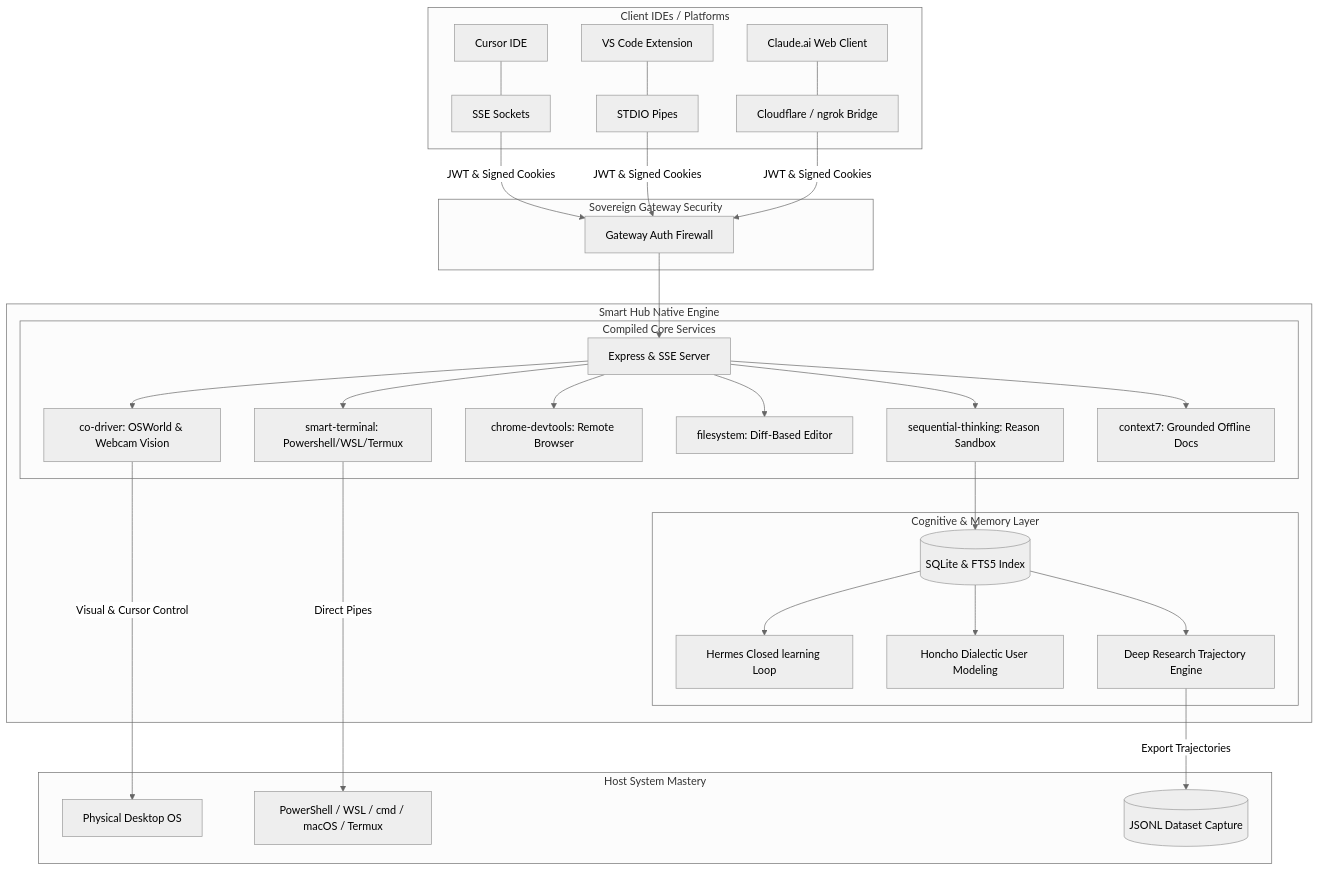
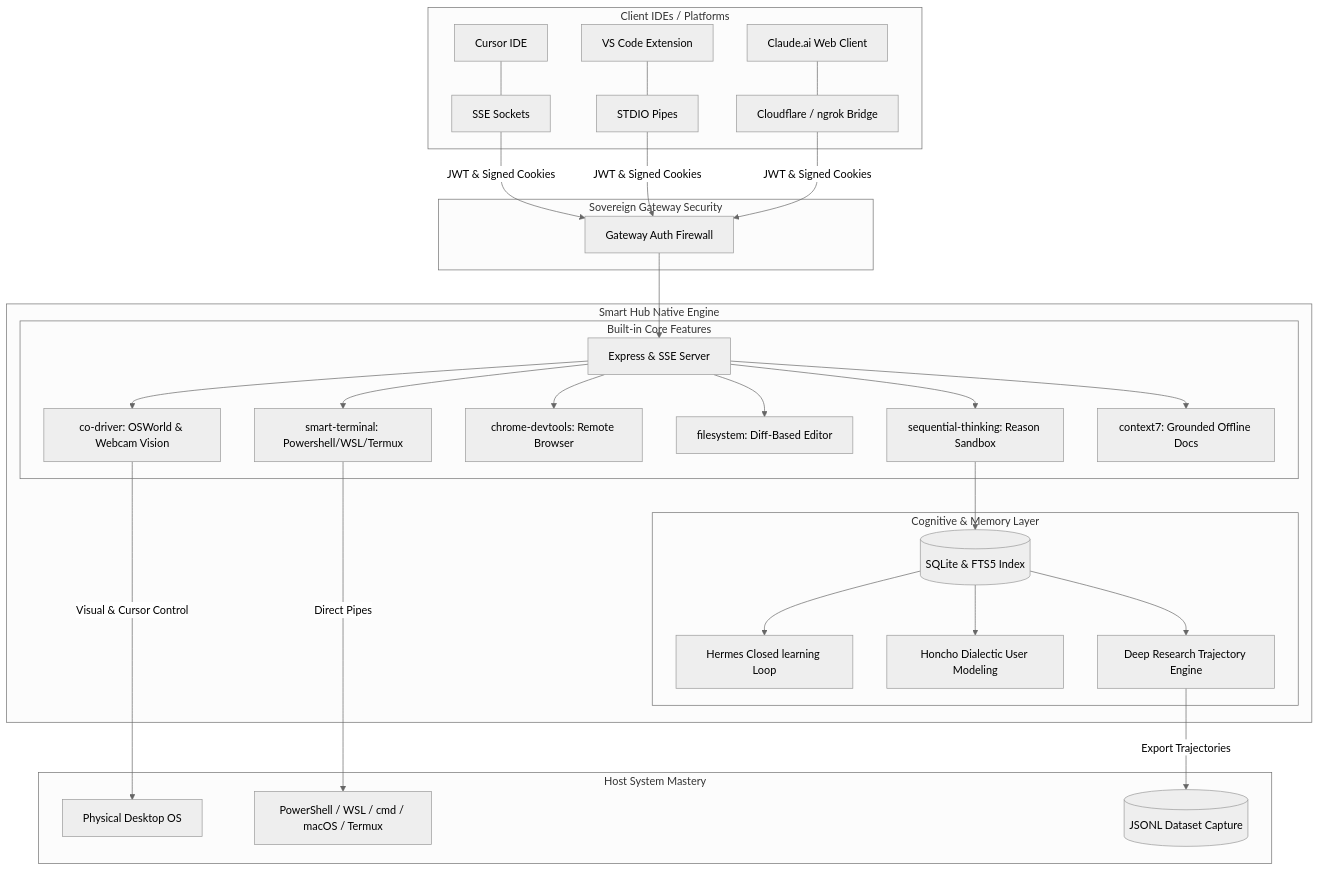
Before and after one commit to David2024patton/smart-hub: the diagram in README.md, drawn with Mermaid (neutral theme). The commit also changed other lines of this file, not shown here.

First line of the commit message:
Rename Compiled Core Services to Built-in Core Features

````diff
--- a/README.md
+++ b/README.md
@@ -9,38 +9,38 @@
 ```mermaid
 graph TD
     subgraph Client IDEs / Platforms
         Cursor[Cursor IDE] --- SSE[SSE Sockets]
         VSCode[VS Code Extension] --- STDIO[STDIO Pipes]
         Claude[Claude.ai Web Client] --- Tunnel[Cloudflare / ngrok Bridge]
     end
 
     subgraph Sovereign Gateway Security
         SSE & STDIO & Tunnel -->|JWT & Signed Cookies| Gateway[Gateway Auth Firewall]
     end
 
     subgraph Smart Hub Native Engine
         Gateway --> Server[Express & SSE Server]
         
-        subgraph Compiled Core Services
+        subgraph Built-in Core Features
             Server --> CoDriver[co-driver: OSWorld & Webcam Vision]
             Server --> Terminal[smart-terminal: Powershell/WSL/Termux]
             Server --> DevTools[chrome-devtools: Remote Browser]
             Server --> FS[filesystem: Diff-Based Editor]
             Server --> Logic[sequential-thinking: Reason Sandbox]
             Server --> Docs[context7: Grounded Offline Docs]
         end
         
         subgraph Cognitive & Memory Layer
             Logic --> SQLite[(SQLite & FTS5 Index)]
             SQLite --> Hermes[Hermes Closed learning Loop]
             SQLite --> Honcho[Honcho Dialectic User Modeling]
             SQLite --> Research[Deep Research Trajectory Engine]
         end
     end
 
     subgraph Host System Mastery
         CoDriver -->|Visual & Cursor Control| Desktop[Physical Desktop OS]
         Terminal -->|Direct Pipes| Shells[PowerShell / WSL / cmd / macOS / Termux]
         Research -->|Export Trajectories| JSONL[(JSONL Dataset Capture)]
     end
 ```
````
